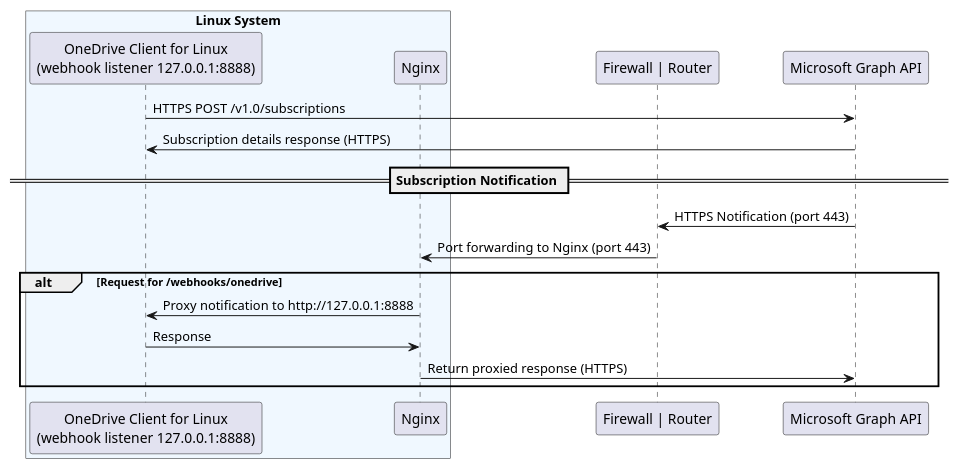
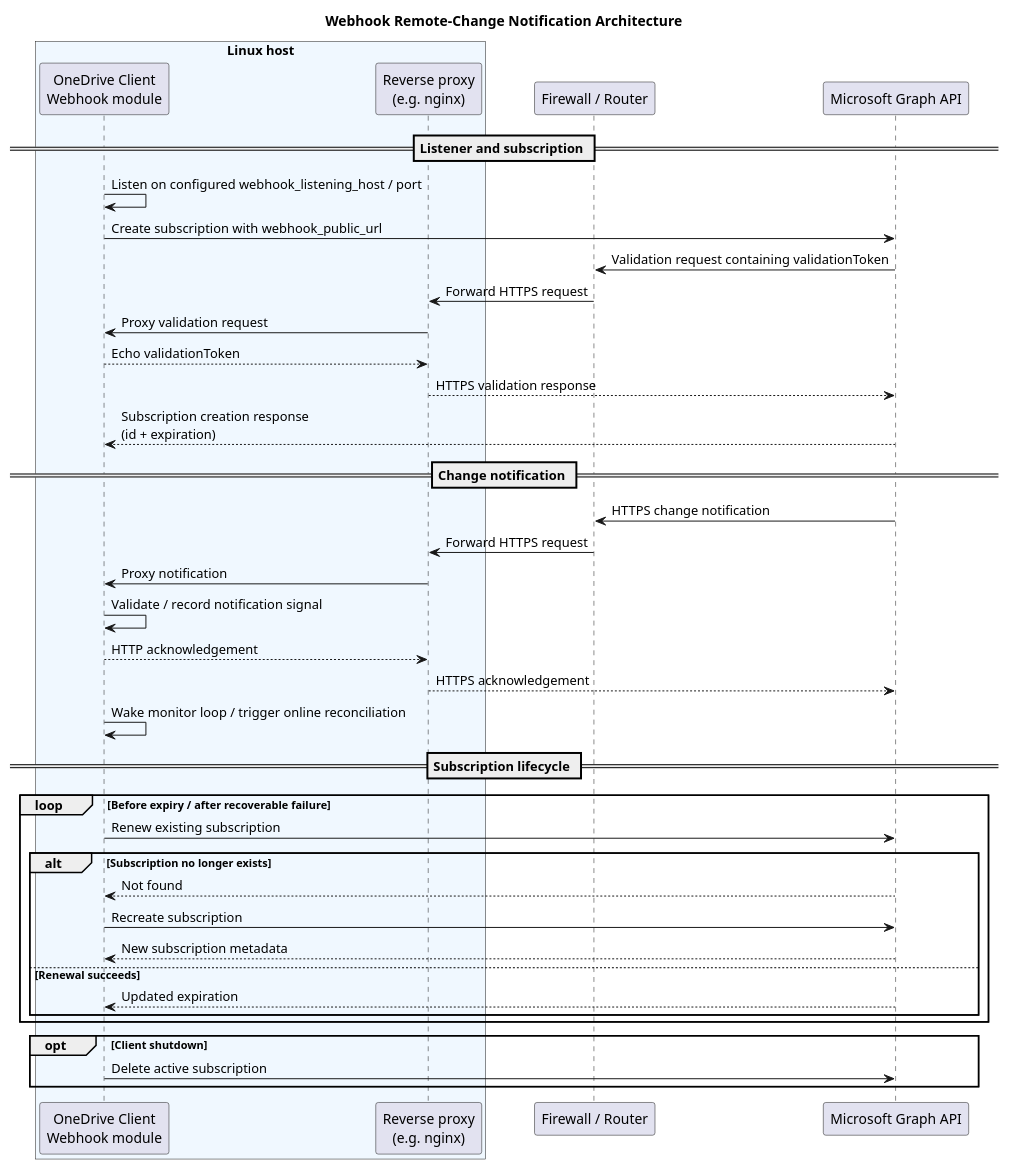
Before and after one commit to abraunegg/onedrive: the diagram in docs/puml/webhooks.puml, drawn with PlantUML. The commit also changed 46 other files, not shown here.

First line of the commit message:
Update architecture documentation (#3870)

```diff
--- a/docs/puml/webhooks.puml
+++ b/docs/puml/webhooks.puml
@@ -1,25 +1,47 @@
 @startuml
+title Webhook Remote-Change Notification Architecture
 
 skinparam SequenceBoxBackgroundColor<<Internal>> AliceBlue
 
-box "Linux System"<<Internal>>
-  participant ClientApp as "OneDrive Client for Linux\n(webhook listener 127.0.0.1:8888)"
-  participant Nginx
+box "Linux host"<<Internal>>
+  participant "OneDrive Client\nWebhook module" as Client
+  participant "Reverse proxy\n(e.g. nginx)" as Proxy
 end box
+participant "Firewall / Router" as Firewall
+participant "Microsoft Graph API" as Graph
 
-participant Firewall as "Firewall | Router"
-participant GraphAPI as "Microsoft Graph API"
+== Listener and subscription ==
+Client -> Client: Listen on configured webhook_listening_host / port
+Client -> Graph: Create subscription with webhook_public_url
+Graph -> Firewall: Validation request containing validationToken
+Firewall -> Proxy: Forward HTTPS request
+Proxy -> Client: Proxy validation request
+Client --> Proxy: Echo validationToken
+Proxy --> Graph: HTTPS validation response
+Graph --> Client: Subscription creation response\n(id + expiration)
 
-ClientApp -> GraphAPI: HTTPS POST /v1.0/subscriptions
-GraphAPI -> ClientApp: Subscription details response (HTTPS)
+== Change notification ==
+Graph -> Firewall: HTTPS change notification
+Firewall -> Proxy: Forward HTTPS request
+Proxy -> Client: Proxy notification
+Client -> Client: Validate / record notification signal
+Client --> Proxy: HTTP acknowledgement
+Proxy --> Graph: HTTPS acknowledgement
+Client -> Client: Wake monitor loop / trigger online reconciliation
 
-== Subscription Notification ==
-GraphAPI -> Firewall: HTTPS Notification (port 443)
-Firewall -> Nginx: Port forwarding to Nginx (port 443)
+== Subscription lifecycle ==
+loop Before expiry / after recoverable failure
+  Client -> Graph: Renew existing subscription
+  alt Subscription no longer exists
+    Graph --> Client: Not found
+    Client -> Graph: Recreate subscription
+    Graph --> Client: New subscription metadata
+  else Renewal succeeds
+    Graph --> Client: Updated expiration
+  end
+end
 
-alt Request for /webhooks/onedrive
-    Nginx -> ClientApp: Proxy notification to http://127.0.0.1:8888
-    ClientApp -> Nginx: Response
-    Nginx -> GraphAPI: Return proxied response (HTTPS)
+opt Client shutdown
+  Client -> Graph: Delete active subscription
 end
 @enduml
```
